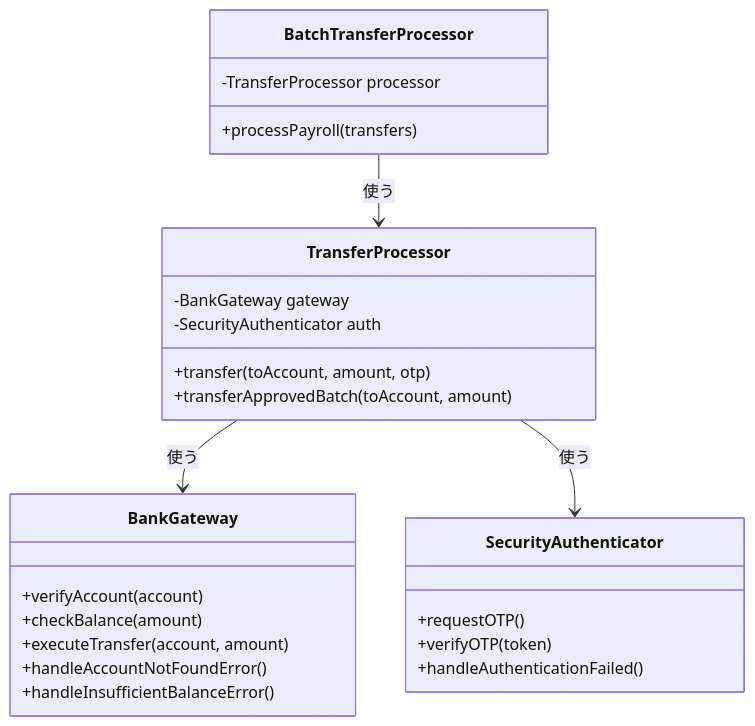
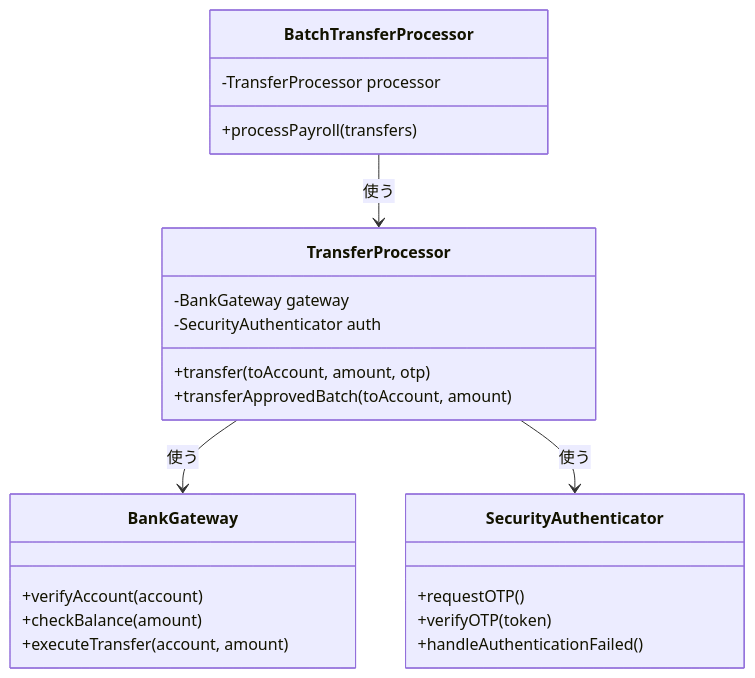
The second of 6 diagrams in kindle/design-patterns/output/chapter02.md (kumachan1101-pixel/DesignPattern), drawn with Mermaid before and after one commit. The commit also changed other lines of this file, not shown here.

````diff
--- a/kindle/design-patterns/output/chapter02.md
+++ b/kindle/design-patterns/output/chapter02.md
@@ -122,29 +122,27 @@
 ```mermaid
 classDiagram
     class BatchTransferProcessor {
         -TransferProcessor processor
         +processPayroll(transfers)
     }
     class TransferProcessor {
         -BankGateway gateway
         -SecurityAuthenticator auth
         +transfer(toAccount, amount, otp)
         +transferApprovedBatch(toAccount, amount)
     }
     class BankGateway {
         +verifyAccount(account)
         +checkBalance(amount)
         +executeTransfer(account, amount)
-        +handleAccountNotFoundError()
-        +handleInsufficientBalanceError()
     }
     class SecurityAuthenticator {
         +requestOTP()
         +verifyOTP(token)
         +handleAuthenticationFailed()
     }
 
     BatchTransferProcessor --> TransferProcessor : 使う
     TransferProcessor --> BankGateway : 使う
     TransferProcessor --> SecurityAuthenticator : 使う
 ```
````
